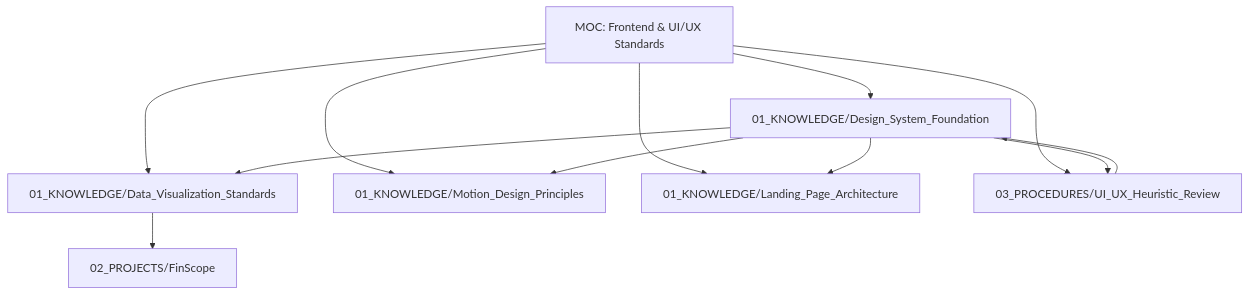
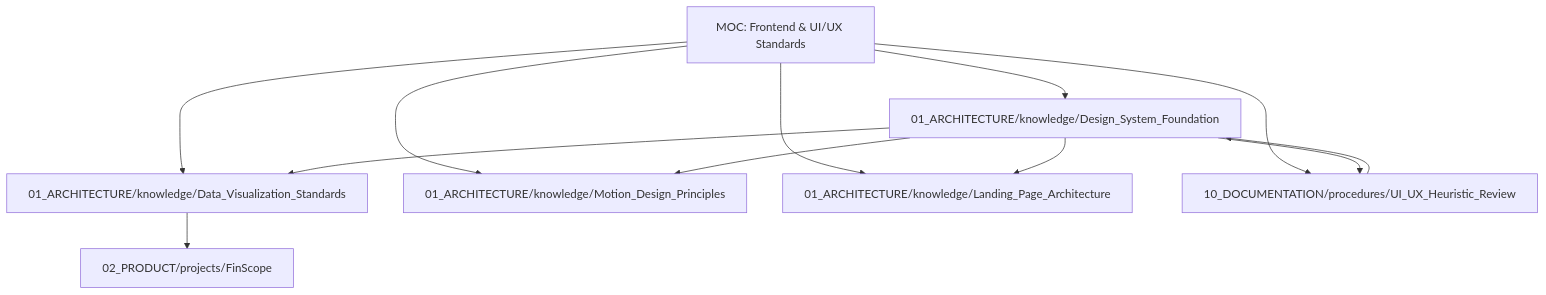
Before and after one commit to userist123/AI_Memory_Vault_CODEX_READY: the diagram in 01_ARCHITECTURE/knowledge/MOC_Frontend_UI_UX_Standards.md, drawn with Mermaid. The commit also changed other lines of this file and 84 other files, not shown here.

````diff
--- a/01_ARCHITECTURE/knowledge/MOC_Frontend_UI_UX_Standards.md
+++ b/01_ARCHITECTURE/knowledge/MOC_Frontend_UI_UX_Standards.md
@@ -40,23 +40,23 @@
 ```mermaid
 graph TD
     MOC["MOC: Frontend & UI/UX Standards"]
-    FND["01_KNOWLEDGE/Design_System_Foundation"]
-    DVIZ["01_KNOWLEDGE/Data_Visualization_Standards"]
-    MOT["01_KNOWLEDGE/Motion_Design_Principles"]
-    LAND["01_KNOWLEDGE/Landing_Page_Architecture"]
-    PROC["03_PROCEDURES/UI_UX_Heuristic_Review"]
-    FIN["02_PROJECTS/FinScope"]
+    FND["01_ARCHITECTURE/knowledge/Design_System_Foundation"]
+    DVIZ["01_ARCHITECTURE/knowledge/Data_Visualization_Standards"]
+    MOT["01_ARCHITECTURE/knowledge/Motion_Design_Principles"]
+    LAND["01_ARCHITECTURE/knowledge/Landing_Page_Architecture"]
+    PROC["10_DOCUMENTATION/procedures/UI_UX_Heuristic_Review"]
+    FIN["02_PRODUCT/projects/FinScope"]
 
     MOC --> FND
     MOC --> DVIZ
     MOC --> MOT
     MOC --> LAND
     MOC --> PROC
 
     FND --> DVIZ
     FND --> MOT
     FND --> LAND
     FND --> PROC
     DVIZ --> FIN
     PROC --> FND
 ```
````
